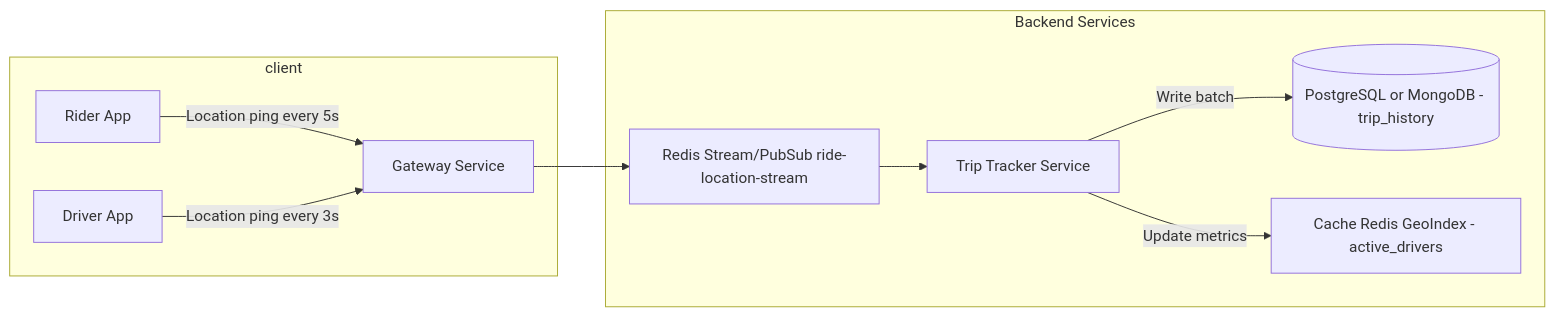
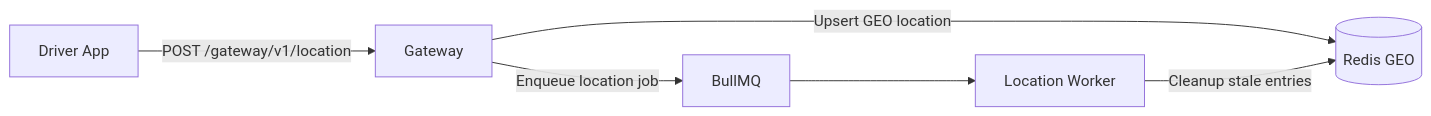
The third of 5 diagrams in README.md (hdwix/neb-lite), drawn with Mermaid before and after one commit. The commit also changed other lines of this file, not shown here.

Commit message:
Clarify README module flows

````diff
--- a/README.md
+++ b/README.md
@@ -159,22 +78,8 @@
 ```mermaid
 flowchart LR
-  subgraph client
-    A1[Rider App] -->|Location ping every 5s| G
-    A2[Driver App] -->|Location ping every 3s| G
-  end
-
-  subgraph backend[Backend Services]
-    G[Gateway Service]
-    Q[Redis Stream/PubSub ride-location-stream]
-    T[Trip Tracker Service]
-    DB[(PostgreSQL or MongoDB - trip_history)]
-    C[Cache Redis GeoIndex - active_drivers]
-  end
-
-  G --> Q
-  Q --> T
-  T -->|Write batch| DB
-  T -->|Update metrics| C
-
-
+  D[Driver App] -->|POST /gateway/v1/location| G[Gateway]
+  G -->|Upsert GEO location| R[(Redis GEO)]
+  G -->|Enqueue location job| Q[BullMQ]
+  Q --> W[Location Worker]
+  W -->|Cleanup stale entries| R
 ```
````
